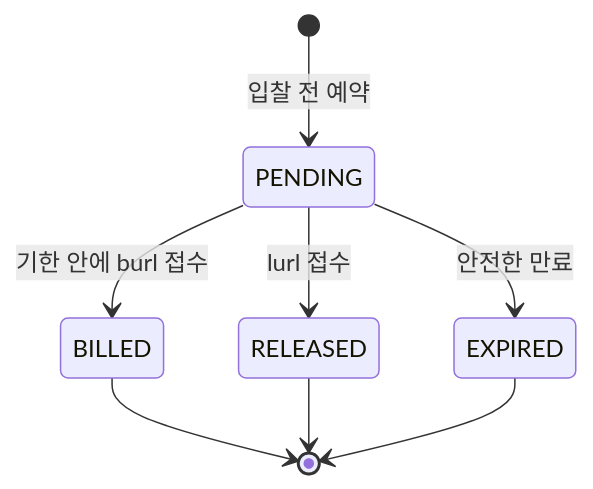
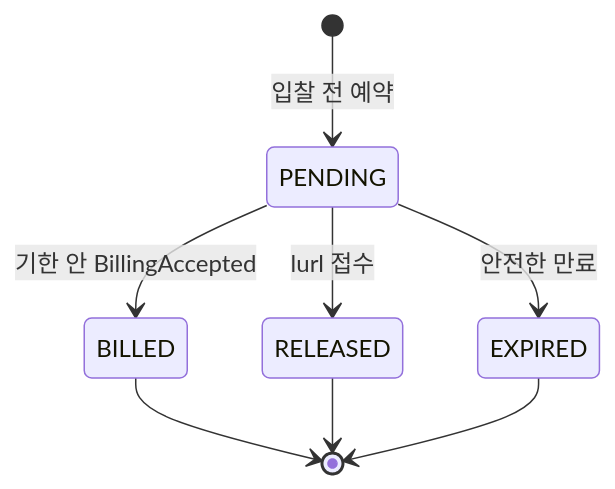
The third of 3 diagrams in docs/architecture/decisions/ADR-005-durable-budget-events.md (bbororo5/low-latency-openrtb-auction), drawn with Mermaid before and after one commit. The commit also changed other lines of this file and 19 other files, not shown here.

````diff
--- a/docs/architecture/decisions/ADR-005-durable-budget-events.md
+++ b/docs/architecture/decisions/ADR-005-durable-budget-events.md
@@ -76,10 +72,10 @@
 ```mermaid
 stateDiagram-v2
     [*] --> PENDING: 입찰 전 예약
-    PENDING --> BILLED: 기한 안에 burl 접수
+    PENDING --> BILLED: 기한 안 BillingAccepted
     PENDING --> RELEASED: lurl 접수
     PENDING --> EXPIRED: 안전한 만료
     BILLED --> [*]
     RELEASED --> [*]
     EXPIRED --> [*]
 ```
````
